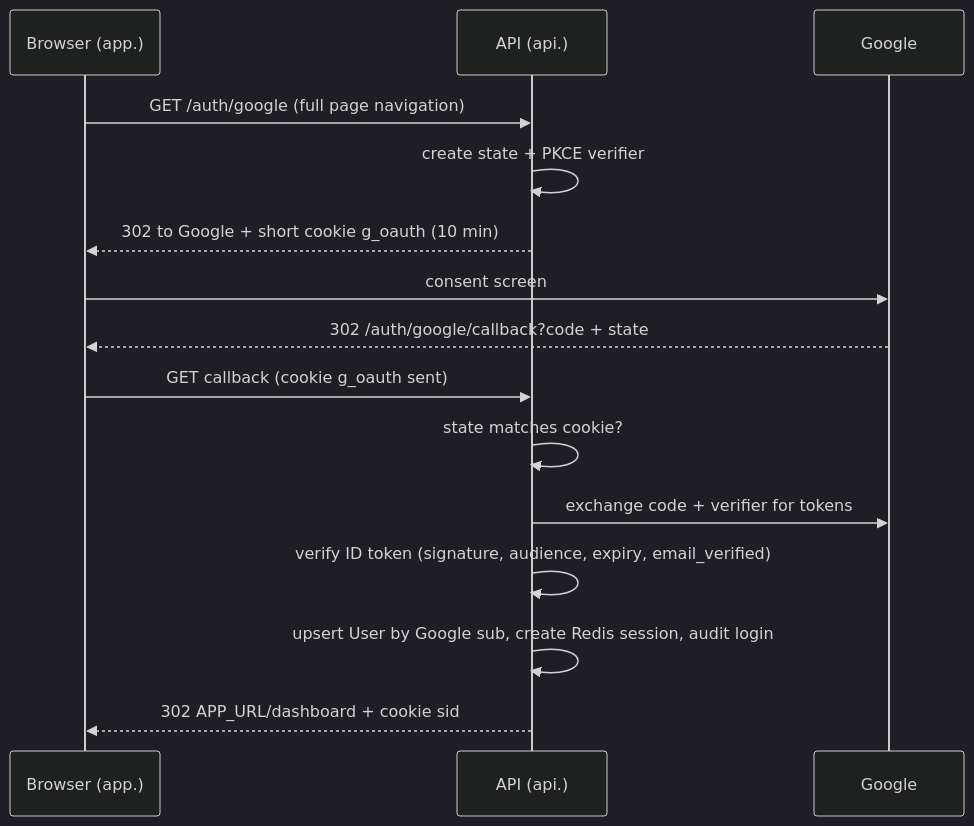
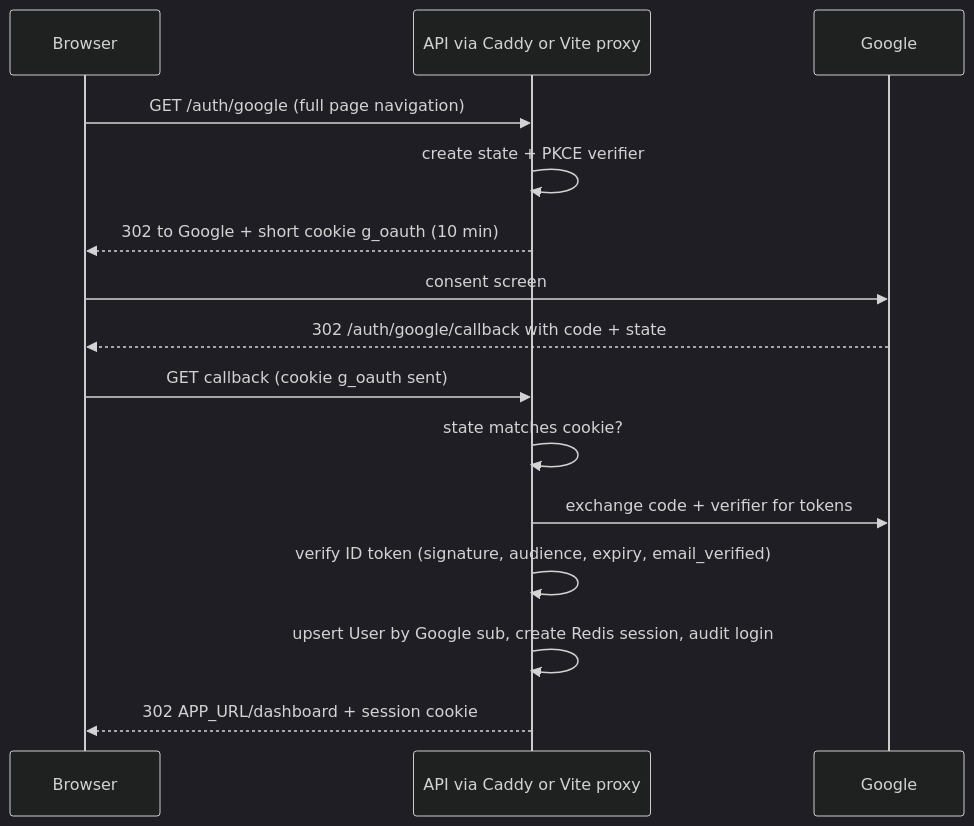
The first of 2 diagrams in docs/06-auth-slack.md (Shikhar1808/rottom-mail), drawn with Mermaid (dark theme) before and after one commit. The commit also changed other lines of this file and 11 other files, not shown here.

````diff
--- a/docs/06-auth-slack.md
+++ b/docs/06-auth-slack.md
@@ -29,17 +85,17 @@
 ```mermaid
 sequenceDiagram
-  participant B as Browser (app.)
-  participant A as API (api.)
+  participant B as Browser
+  participant A as API via Caddy or Vite proxy
   participant G as Google
   B->>A: GET /auth/google (full page navigation)
   A->>A: create state + PKCE verifier
   A-->>B: 302 to Google + short cookie g_oauth (10 min)
   B->>G: consent screen
-  G-->>B: 302 /auth/google/callback?code + state
+  G-->>B: 302 /auth/google/callback with code + state
   B->>A: GET callback (cookie g_oauth sent)
   A->>A: state matches cookie?
   A->>G: exchange code + verifier for tokens
   A->>A: verify ID token (signature, audience, expiry, email_verified)
   A->>A: upsert User by Google sub, create Redis session, audit login
-  A-->>B: 302 APP_URL/dashboard + cookie sid
+  A-->>B: 302 APP_URL/dashboard + session cookie
 ```
````
